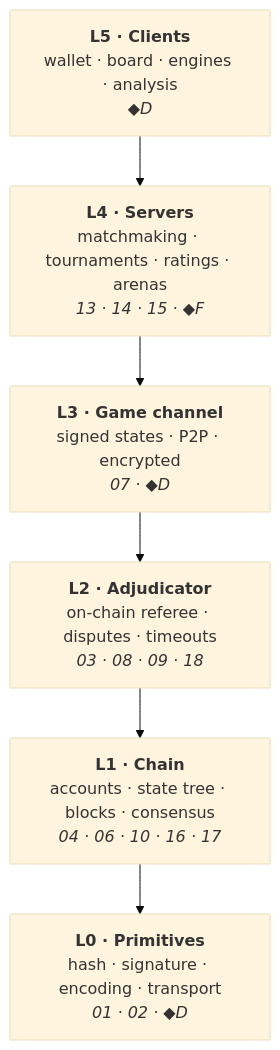
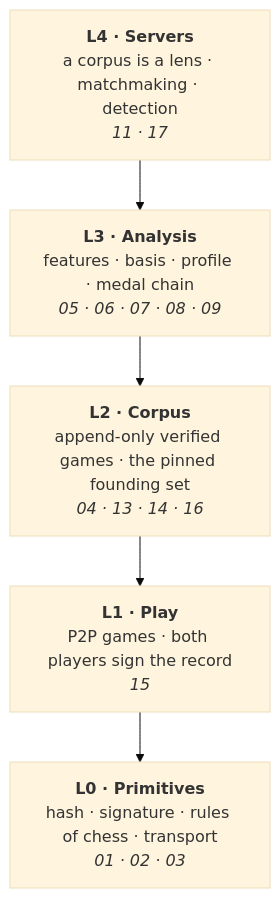
The second of 2 diagrams in METAPLAN.md (embt23/BlockChess), drawn with Mermaid (base theme) before and after one commit. The commit also changed other lines of this file and 23 other files, not shown here.

````diff
--- a/METAPLAN.md
+++ b/METAPLAN.md
@@ -179,11 +308,10 @@
 ```mermaid
 flowchart TD
-    L5["<b>L5 · Clients</b><br/>wallet · board · engines · analysis<br/><i>◆D</i>"]
-    L4["<b>L4 · Servers</b><br/>matchmaking · tournaments · ratings · arenas<br/><i>13 · 14 · 15 · ◆F</i>"]
-    L3["<b>L3 · Game channel</b><br/>signed states · P2P · encrypted<br/><i>07 · ◆D</i>"]
-    L2["<b>L2 · Adjudicator</b><br/>on-chain referee · disputes · timeouts<br/><i>03 · 08 · 09 · 18</i>"]
-    L1["<b>L1 · Chain</b><br/>accounts · state tree · blocks · consensus<br/><i>04 · 06 · 10 · 16 · 17</i>"]
-    L0["<b>L0 · Primitives</b><br/>hash · signature · encoding · transport<br/><i>01 · 02 · ◆D</i>"]
+    L4["<b>L4 · Servers</b><br/>a corpus is a lens · matchmaking · detection<br/><i>11 · 17</i>"]
+    L3["<b>L3 · Analysis</b><br/>features · basis · profile · medal chain<br/><i>05 · 06 · 07 · 08 · 09</i>"]
+    L2["<b>L2 · Corpus</b><br/>append-only verified games · the pinned founding set<br/><i>04 · 13 · 14 · 16</i>"]
+    L1["<b>L1 · Play</b><br/>P2P games · both players sign the record<br/><i>15</i>"]
+    L0["<b>L0 · Primitives</b><br/>hash · signature · rules of chess · transport<br/><i>01 · 02 · 03</i>"]
 
-    L5 --> L4 --> L3 --> L2 --> L1 --> L0
+    L4 --> L3 --> L2 --> L1 --> L0
 ```
````
